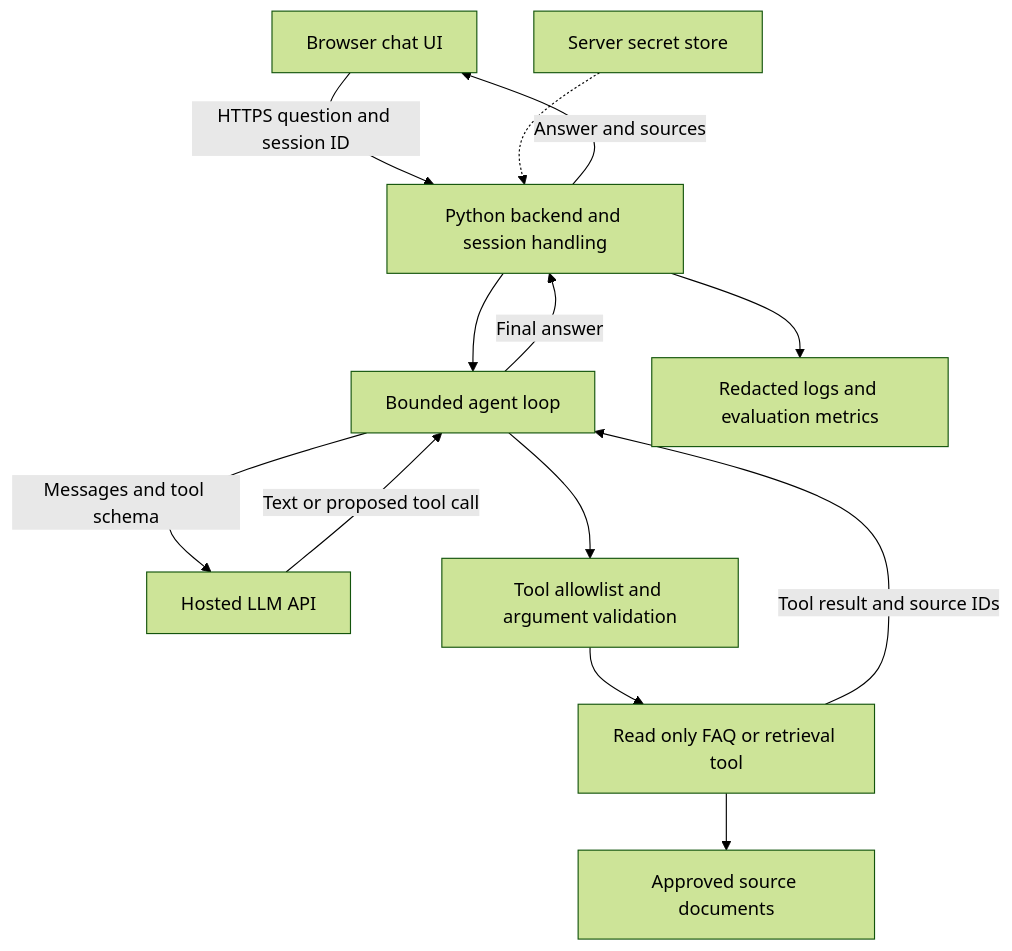
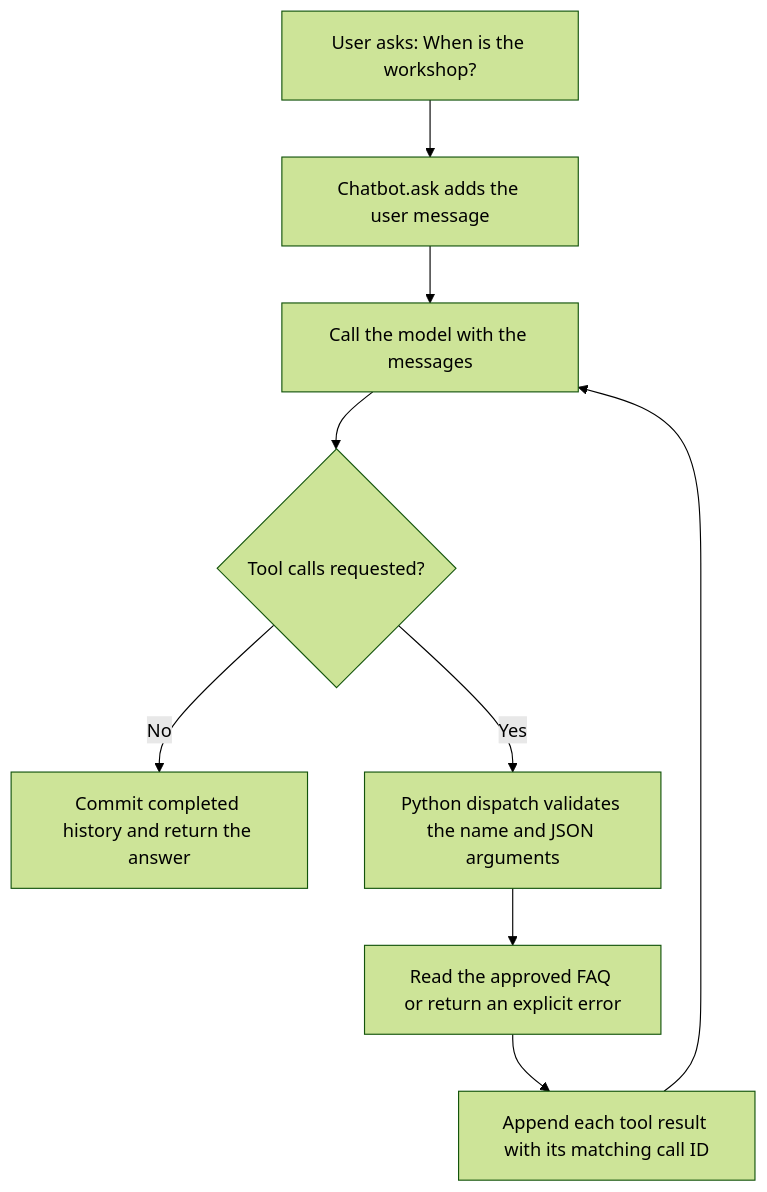
The diagram in Architecture.md (omkarmore83/python-ai-workshop-students), drawn with Mermaid (forest theme) before and after one commit. The commit also changed other lines of this file and 6 other files, not shown here.

First line of the commit message:
Focus student exercises and diagrams on teaching tool calling

````diff
--- a/Architecture.md
+++ b/Architecture.md
@@ -19,15 +9,11 @@
 ```mermaid
 flowchart TD
- U[Browser chat UI] -->|HTTPS question and session ID| B[Python backend and session handling]
- B --> A[Bounded agent loop]
- A -->|Messages and tool schema| L[Hosted LLM API]
- L -->|Text or proposed tool call| A
- A --> V[Tool allowlist and argument validation]
- V --> R[Read only FAQ or retrieval tool]
- R --> D[Approved source documents]
- R -->|Tool result and source IDs| A
- A -->|Final answer| B
- B -->|Answer and sources| U
- S[Server secret store] -.-> B
- B --> M[Redacted logs and evaluation metrics]
+    U[User asks: When is the workshop?] --> A[Chatbot.ask adds the user message]
+    A --> M[Call the model with the messages]
+    M --> D{Tool calls requested?}
+    D -->|No| F[Commit completed history and return the answer]
+    D -->|Yes| V[Python dispatch validates the name and JSON arguments]
+    V --> T[Read the approved FAQ or return an explicit error]
+    T --> R[Append each tool result with its matching call ID]
+    R --> M
 ```
````
